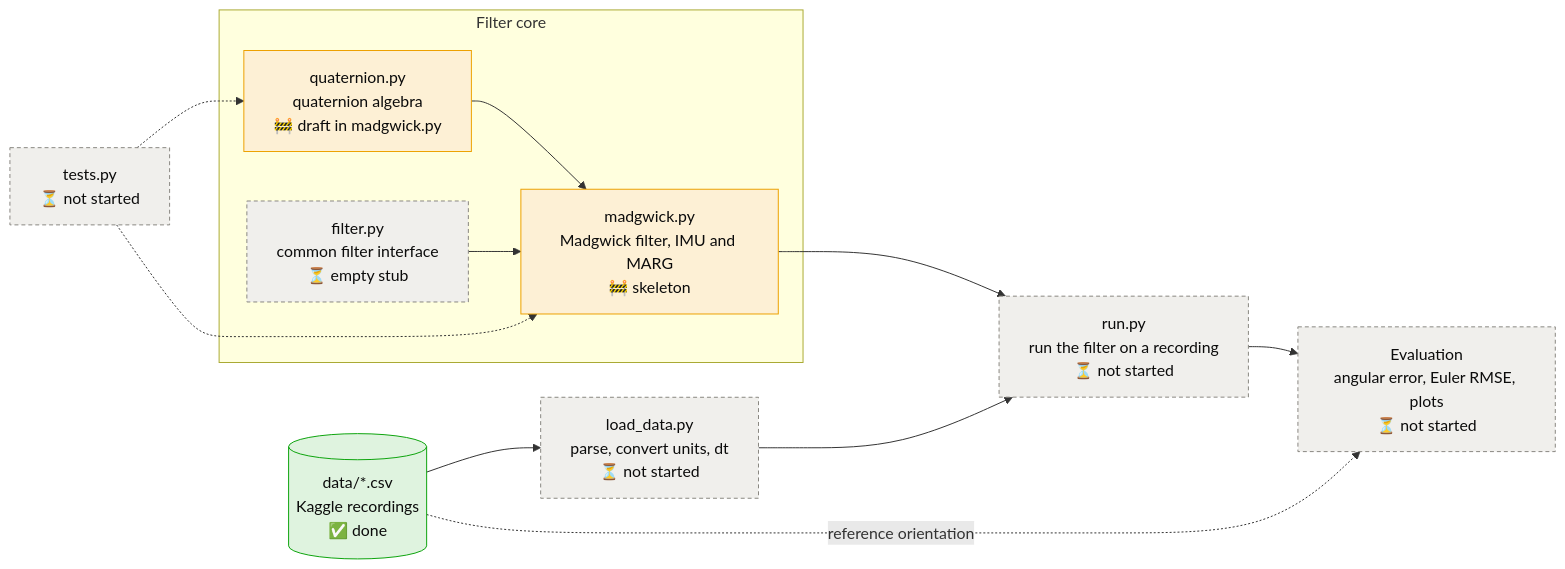
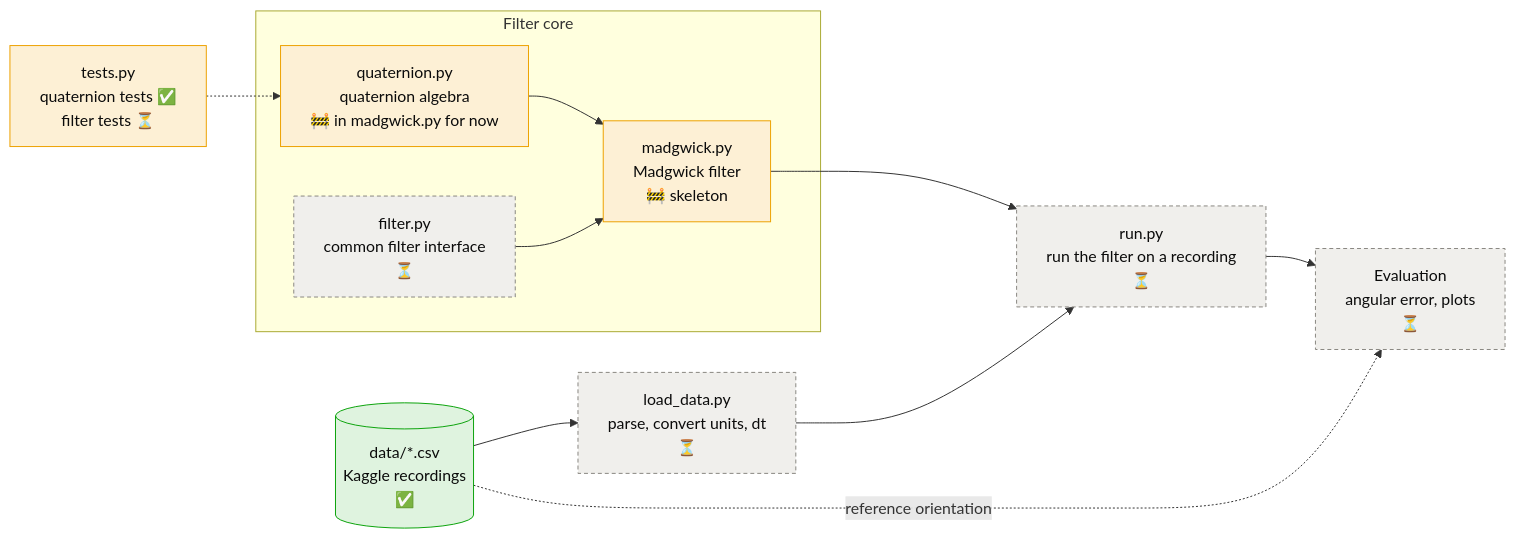
One commit to aihya/Madgwick-Filter changed the second of 3 diagrams in README.md. Above: the diagram before and after it, drawn with Mermaid. The commit also changed other lines of this file, not shown here.

````diff
--- a/README.md
+++ b/README.md
@@ -47,21 +36,20 @@
 ```mermaid
 flowchart LR
-    D[("data/*.csv<br/>Kaggle recordings<br/>✅ done")] --> L["load_data.py<br/>parse, convert units, dt<br/>⏳ not started"]
-    L --> R["run.py<br/>run the filter on a recording<br/>⏳ not started"]
+    D[("data/*.csv<br/>Kaggle recordings<br/>✅")] --> L["load_data.py<br/>parse, convert units, dt<br/>⏳"]
+    L --> R["run.py<br/>run the filter on a recording<br/>⏳"]
     subgraph core [Filter core]
-        Q["quaternion.py<br/>quaternion algebra<br/>🚧 draft in madgwick.py"] --> MW["madgwick.py<br/>Madgwick filter, IMU and MARG<br/>🚧 skeleton"]
-        FB["filter.py<br/>common filter interface<br/>⏳ empty stub"] --> MW
+        Q["quaternion.py<br/>quaternion algebra<br/>🚧 in madgwick.py for now"] --> MW["madgwick.py<br/>Madgwick filter<br/>🚧 skeleton"]
+        FB["filter.py<br/>common filter interface<br/>⏳"] --> MW
     end
     MW --> R
-    R --> E["Evaluation<br/>angular error, Euler RMSE, plots<br/>⏳ not started"]
+    R --> E["Evaluation<br/>angular error, plots<br/>⏳"]
     D -. "reference orientation" .-> E
-    T["tests.py<br/>⏳ not started"] -.-> Q
-    T -.-> MW
+    T["tests.py<br/>quaternion tests ✅<br/>filter tests ⏳"] -.-> Q
 
     classDef done fill:#dff3df,stroke:#0ca30c,color:#0b0b0b
     classDef wip fill:#fdf0d5,stroke:#eda100,color:#0b0b0b
     classDef todo fill:#f0efec,stroke:#898781,color:#0b0b0b,stroke-dasharray:4 3
     class D done
-    class Q,MW wip
-    class L,R,E,FB,T todo
+    class Q,MW,T wip
+    class L,R,E,FB todo
 ```
````
